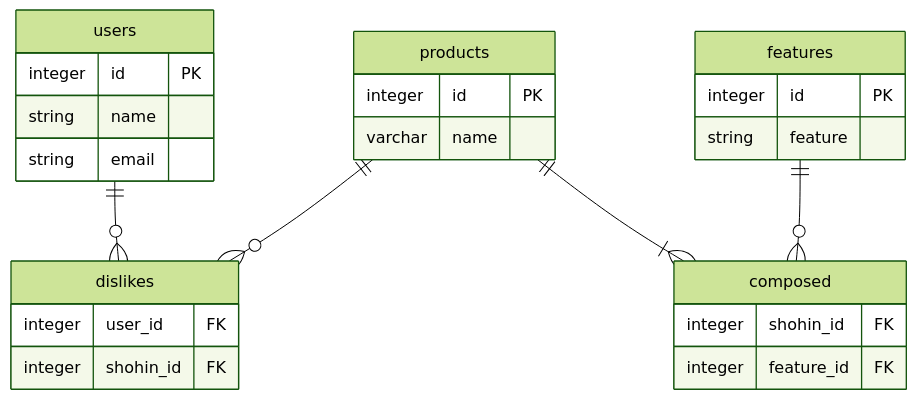
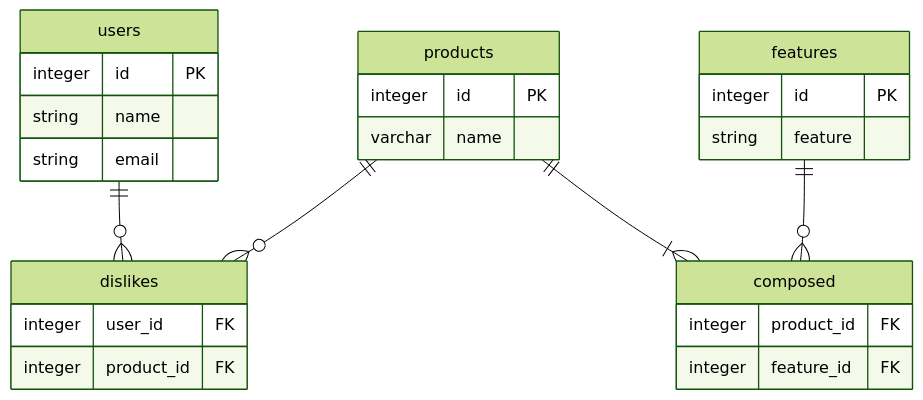
The diagram in README.md (bellmmm/original_rails_app), drawn with Mermaid (forest theme) before and after one commit. The commit also changed other lines of this file, not shown here.

````diff
--- a/README.md
+++ b/README.md
@@ -103,34 +104,34 @@
 ```mermaid
 erDiagram
 
 users ||--o{ dislikes: ""
 products ||--o{ dislikes:""
 products ||--|{ composed:""
 features ||--o{ composed:""
 
 users {
   integer id PK
   string name
   string email
 }
 
 dislikes {
   integer user_id FK
-  integer shohin_id FK
+  integer product_id FK
 }
 
 products {
   integer id PK
   varchar name 
 }
 
 composed {
-  integer shohin_id FK
+  integer product_id FK
   integer feature_id FK
 }
 
 features {
   integer id PK
   string feature
 }
 ```
````
